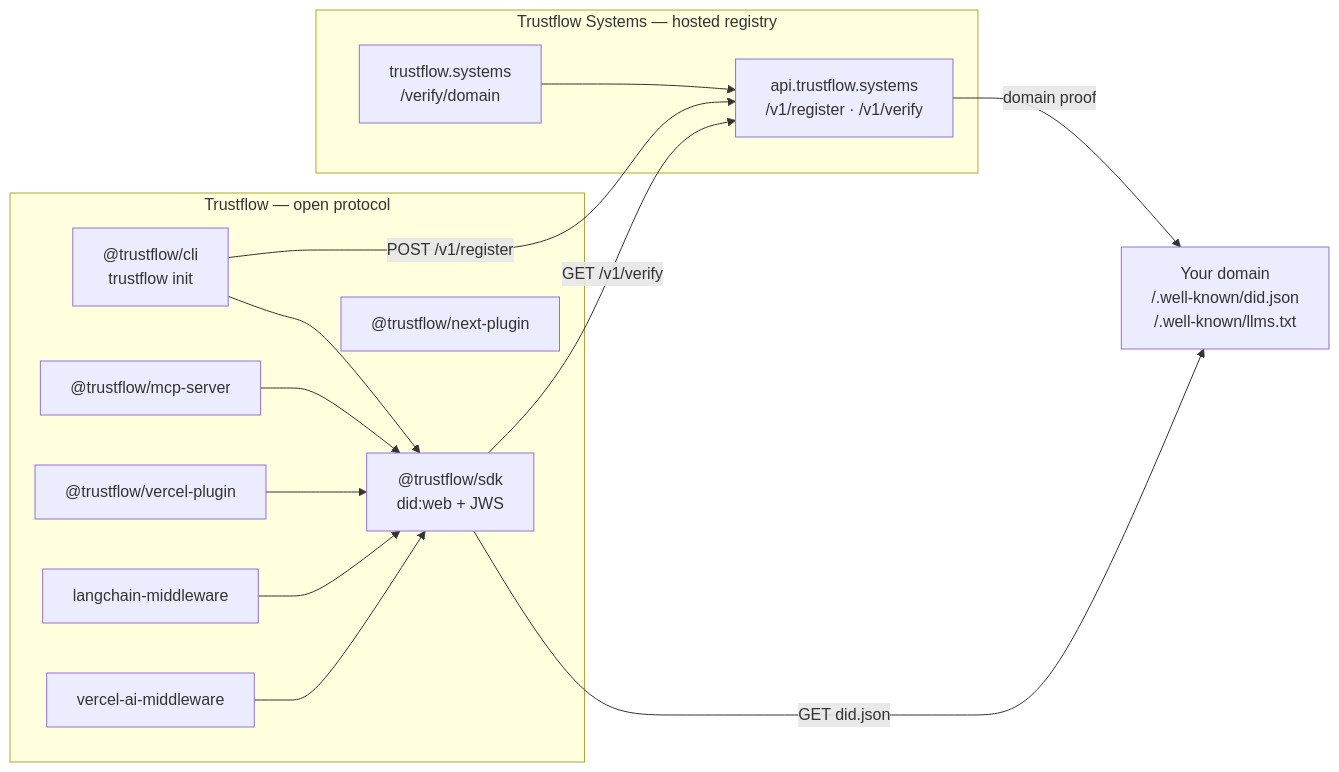
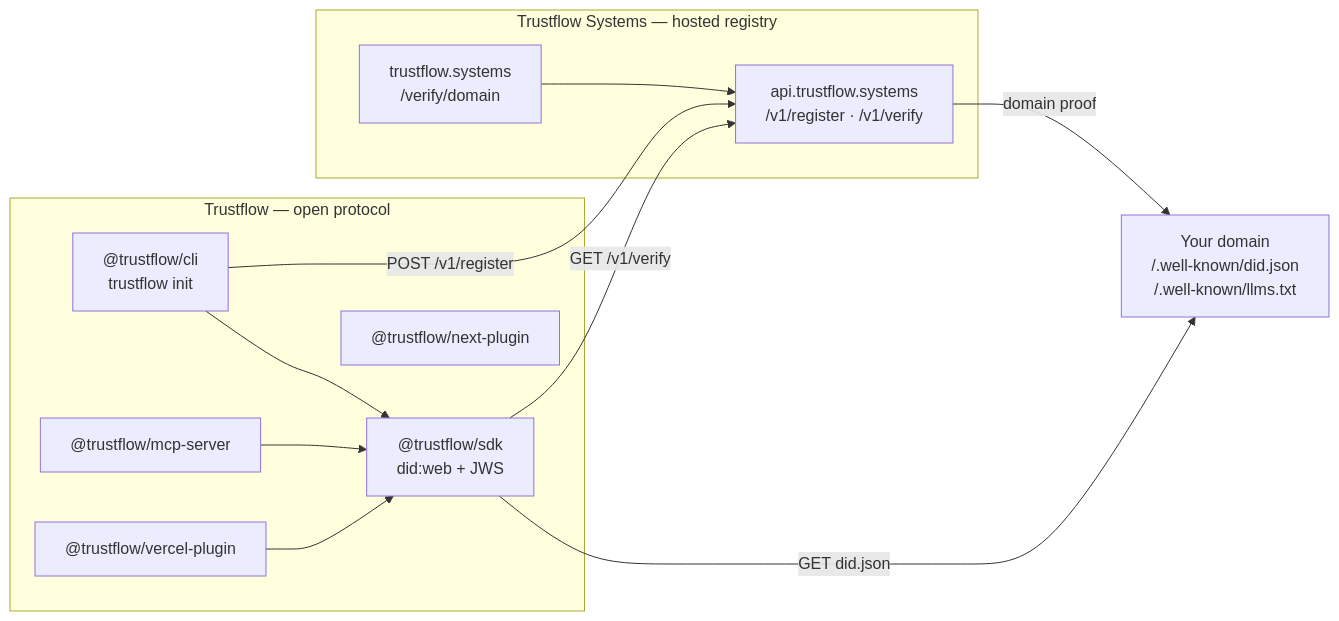
Before and after one commit to etienne-source/agent-trust-sdk: the diagram in README.md, drawn with Mermaid. The commit also changed other lines of this file and 322 other files, not shown here.

````diff
--- a/README.md
+++ b/README.md
@@ -25,30 +24,26 @@
 ```mermaid
 flowchart LR
   subgraph agents [Trustflow — open protocol]
     CLI["@trustflow/cli<br/>trustflow init"]
     SDK["@trustflow/sdk<br/>did:web + JWS"]
     MCP["@trustflow/mcp-server"]
     NEXT["@trustflow/next-plugin"]
     VERCEL["@trustflow/vercel-plugin"]
-    LC["langchain-middleware"]
-    VAI["vercel-ai-middleware"]
   end
 
   subgraph registry [Trustflow Systems — hosted registry]
     SITE["trustflow.systems<br/>/verify/domain"]
     API["api.trustflow.systems<br/>/v1/register · /v1/verify"]
   end
 
   DOMAIN["Your domain<br/>/.well-known/did.json<br/>/.well-known/llms.txt"]
 
   CLI --> SDK
   MCP --> SDK
-  LC --> SDK
-  VAI --> SDK
   VERCEL --> SDK
   CLI -->|"POST /v1/register"| API
   SDK -->|"GET did.json"| DOMAIN
   SDK -->|"GET /v1/verify"| API
   SITE --> API
   API -->|"domain proof"| DOMAIN
 ```
````
